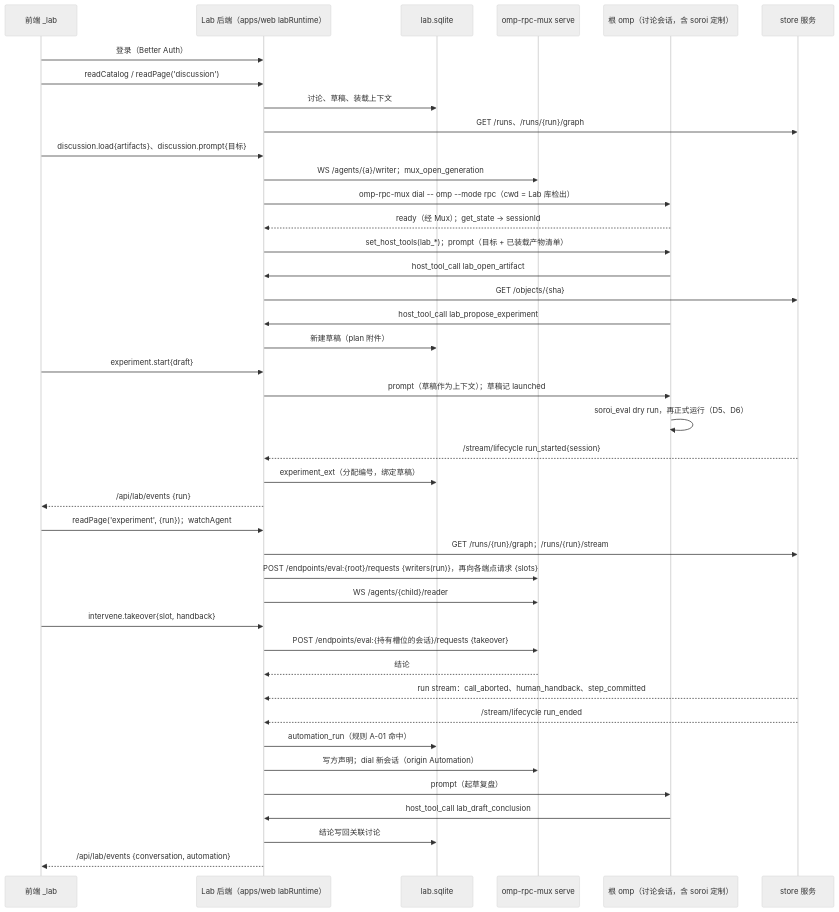
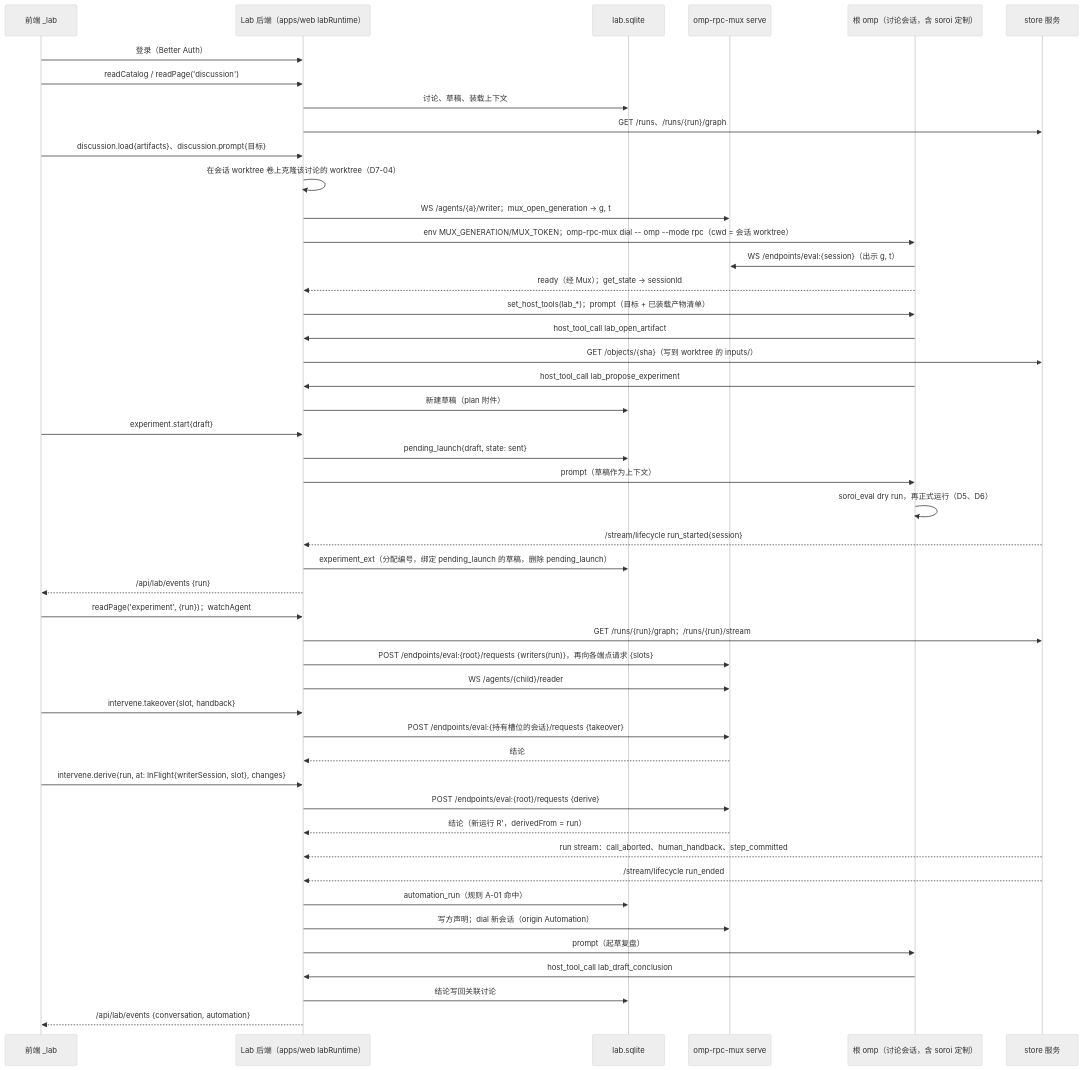
The diagram in evidence/decisions/D7-lab-backend.md (Pepgent/PM), drawn with Mermaid (neutral theme) before and after one commit. The commit also changed other lines of this file and 8 other files, not shown here.

````diff
--- a/evidence/decisions/D7-lab-backend.md
+++ b/evidence/decisions/D7-lab-backend.md
@@ -215,43 +223,49 @@
 ```mermaid
 sequenceDiagram
     participant UI as 前端 _lab
     participant LAB as Lab 后端（apps/web labRuntime）
     participant DB as lab.sqlite
     participant MUX as omp-rpc-mux serve
     participant O as 根 omp（讨论会话，含 soroi 定制）
     participant ST as store 服务
     UI->>LAB: 登录（Better Auth）
     UI->>LAB: readCatalog / readPage('discussion')
     LAB->>DB: 讨论、草稿、装载上下文
     LAB->>ST: GET /runs、/runs/{run}/graph
     UI->>LAB: discussion.load{artifacts}、discussion.prompt{目标}
-    LAB->>MUX: WS /agents/{a}/writer；mux_open_generation
-    LAB->>O: omp-rpc-mux dial -- omp --mode rpc（cwd = Lab 库检出）
+    LAB->>LAB: 在会话 worktree 卷上克隆该讨论的 worktree（D7-04）
+    LAB->>MUX: WS /agents/{a}/writer；mux_open_generation → g, t
+    LAB->>O: env MUX_GENERATION/MUX_TOKEN；omp-rpc-mux dial -- omp --mode rpc（cwd = 会话 worktree）
+    O->>MUX: WS /endpoints/eval:{session}（出示 g, t）
     O-->>LAB: ready（经 Mux）；get_state → sessionId
     LAB->>O: set_host_tools(lab_*)；prompt（目标 + 已装载产物清单）
     O->>LAB: host_tool_call lab_open_artifact
-    LAB->>ST: GET /objects/{sha}
+    LAB->>ST: GET /objects/{sha}（写到 worktree 的 inputs/）
     O->>LAB: host_tool_call lab_propose_experiment
     LAB->>DB: 新建草稿（plan 附件）
     UI->>LAB: experiment.start{draft}
-    LAB->>O: prompt（草稿作为上下文）；草稿记 launched
+    LAB->>DB: pending_launch{draft, state: sent}
+    LAB->>O: prompt（草稿作为上下文）
     O->>O: soroi_eval dry run，再正式运行（D5、D6）
     ST-->>LAB: /stream/lifecycle run_started{session}
-    LAB->>DB: experiment_ext（分配编号，绑定草稿）
+    LAB->>DB: experiment_ext（分配编号，绑定 pending_launch 的草稿，删除 pending_launch）
     LAB-->>UI: /api/lab/events {run}
     UI->>LAB: readPage('experiment', {run})；watchAgent
     LAB->>ST: GET /runs/{run}/graph；/runs/{run}/stream
     LAB->>MUX: POST /endpoints/eval:{root}/requests {writers(run)}，再向各端点请求 {slots}
     LAB->>MUX: WS /agents/{child}/reader
     UI->>LAB: intervene.takeover{slot, handback}
     LAB->>MUX: POST /endpoints/eval:{持有槽位的会话}/requests {takeover}
     MUX-->>LAB: 结论
+    UI->>LAB: intervene.derive{run, at: InFlight{writerSession, slot}, changes}
+    LAB->>MUX: POST /endpoints/eval:{root}/requests {derive}
+    MUX-->>LAB: 结论（新运行 R'，derivedFrom = run）
     ST-->>LAB: run stream：call_aborted、human_handback、step_committed
     ST-->>LAB: /stream/lifecycle run_ended
     LAB->>DB: automation_run（规则 A-01 命中）
     LAB->>MUX: 写方声明；dial 新会话（origin Automation）
     LAB->>O: prompt（起草复盘）
     O->>LAB: host_tool_call lab_draft_conclusion
     LAB->>DB: 结论写回关联讨论
     LAB-->>UI: /api/lab/events {conversation, automation}
 ```
````
